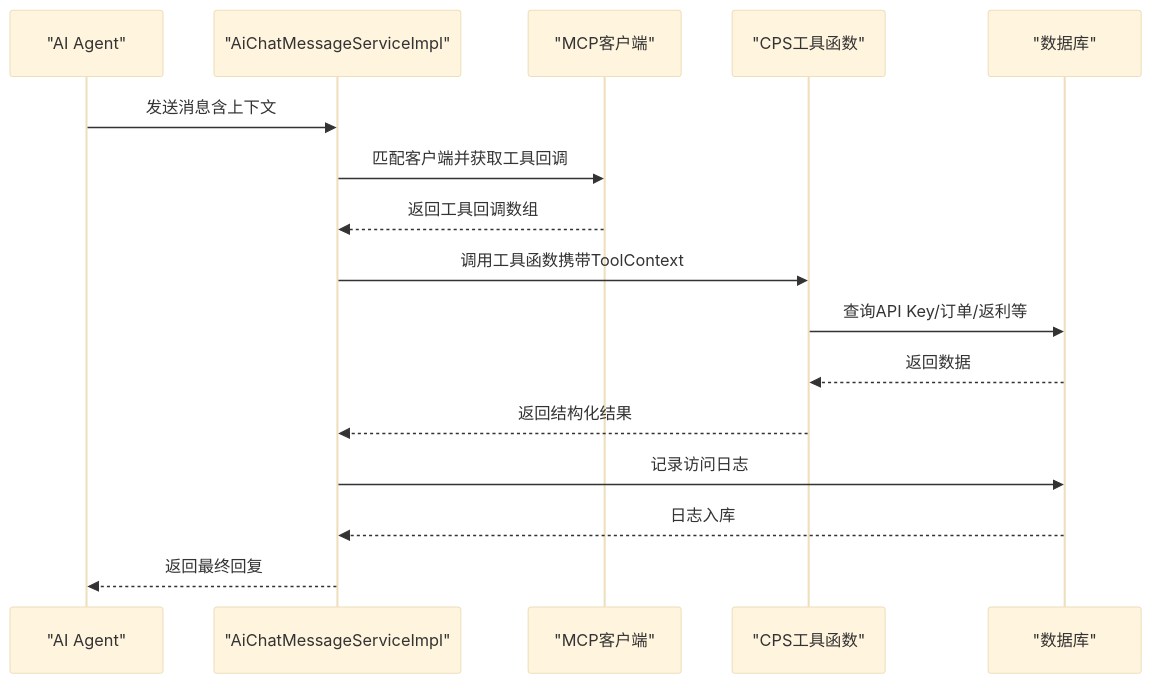
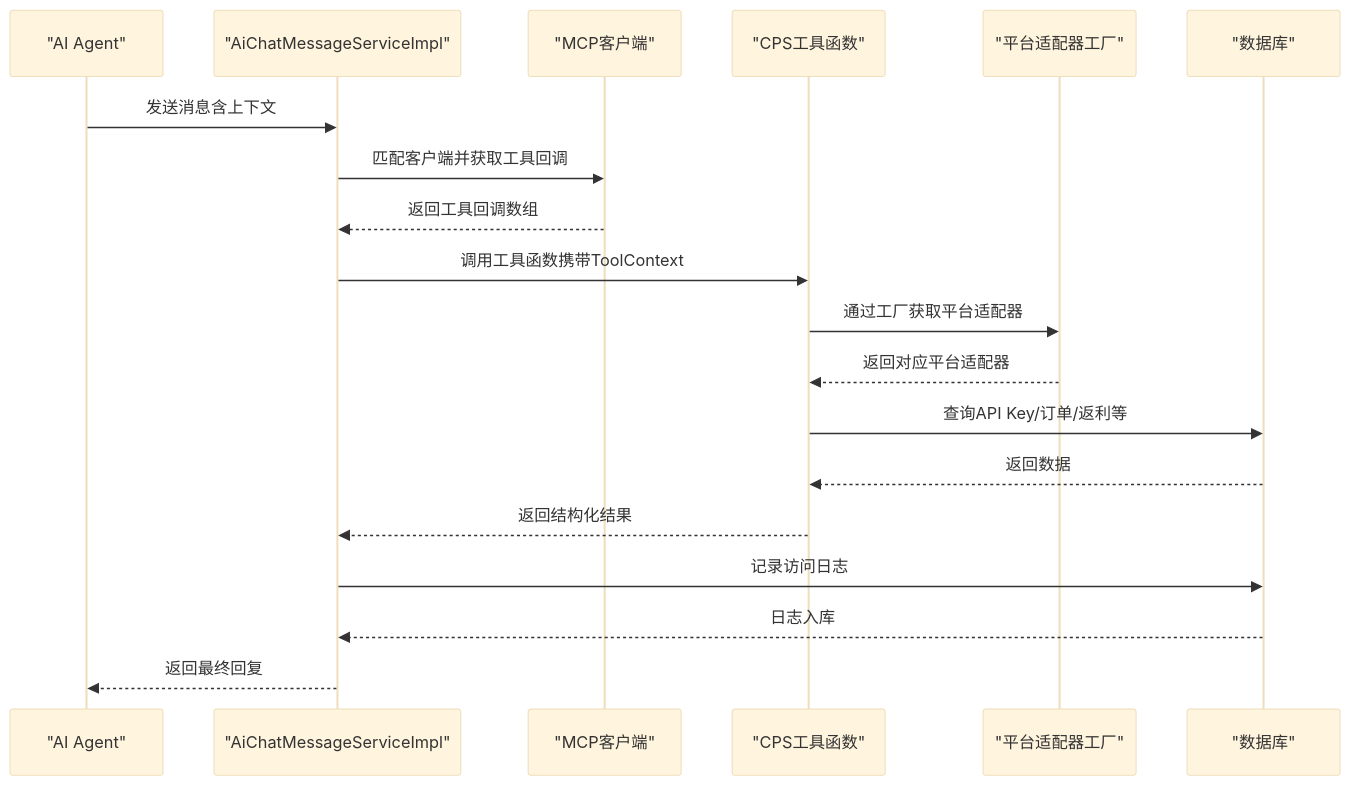
Before and after one commit to zhuangpengLI/AgenticCPS: the second of 12 diagrams in .qoder/repowiki/zh/content/后端服务架构/业务模块概览/CPS业务模块/MCP协议集成.md, drawn with Mermaid (base theme). The commit also changed other lines of this file and 23 other files, not shown here.

````diff
--- a/.qoder/repowiki/zh/content/后端服务架构/业务模块概览/CPS业务模块/MCP协议集成.md
+++ b/.qoder/repowiki/zh/content/后端服务架构/业务模块概览/CPS业务模块/MCP协议集成.md
@@ -138,18 +171,21 @@
 ```mermaid
 sequenceDiagram
 participant Agent as "AI Agent"
 participant AISvc as "AiChatMessageServiceImpl"
 participant MCP as "MCP客户端"
 participant Tool as "CPS工具函数"
+participant Platform as "平台适配器工厂"
 participant DB as "数据库"
 Agent->>AISvc : 发送消息含上下文
 AISvc->>MCP : 匹配客户端并获取工具回调
 MCP-->>AISvc : 返回工具回调数组
 AISvc->>Tool : 调用工具函数携带ToolContext
+Tool->>Platform : 通过工厂获取平台适配器
+Platform-->>Tool : 返回对应平台适配器
 Tool->>DB : 查询API Key/订单/返利等
 DB-->>Tool : 返回数据
 Tool-->>AISvc : 返回结构化结果
 AISvc->>DB : 记录访问日志
 DB-->>AISvc : 日志入库
 AISvc-->>Agent : 返回最终回复
 ```
````
